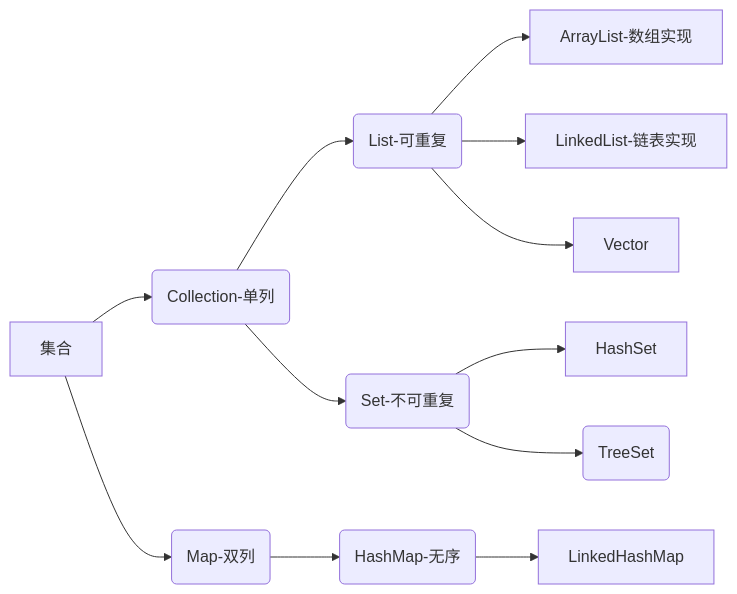
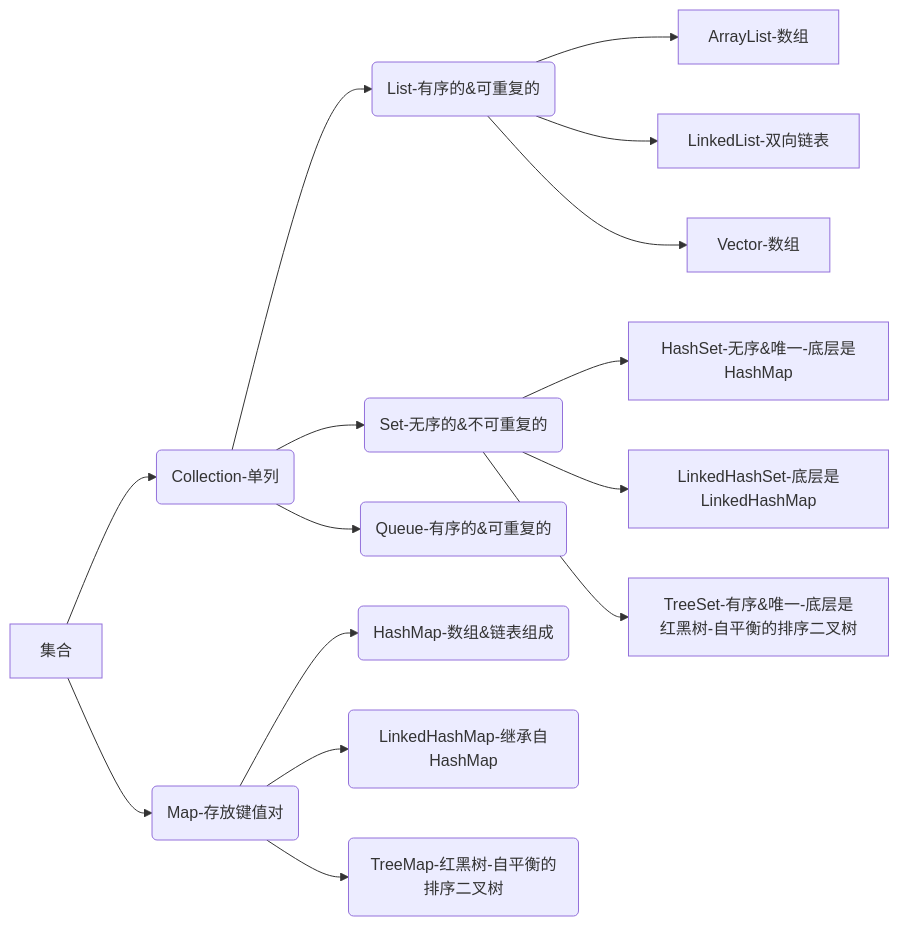
Before and after one commit to Wh0ami-hy/Wh0ami-hy.github.io: the third of 3 diagrams in _posts/2023-02-12-Java中级.md, drawn with Mermaid. The commit also changed other lines of this file and 1 other file, not shown here.

Commit message:
2023.3.27.21:41

````diff
--- a/_posts/2023-02-12-Java中级.md
+++ b/_posts/2023-02-12-Java中级.md
@@ -1070,14 +1070,17 @@
 ```mermaid
 graph LR
 集合--> A(Collection-单列)
-A-->a(List-可重复)
-A-->c(Set-不可重复)
-a-->ArrayList-数组实现
-a-->LinkedList-链表实现
-a-->Vector
-c-->HashSet
-c-->1(TreeSet)
-集合--> B(Map-双列)
-B-->B.a(HashMap-无序)
-B.a-->LinkedHashMap
+A-->a(List-有序的&可重复的)
+A-->c(Set-无序的&不可重复的)
+A-->b(Queue-有序的&可重复的)
+a-->ArrayList-数组
+a-->LinkedList-双向链表
+a-->Vector-数组
+c-->HashSet-无序&唯一-底层是HashMap
+c-->LinkedHashSet-底层是LinkedHashMap
+c-->TreeSet-有序&唯一-底层是红黑树-自平衡的排序二叉树
+集合--> B(Map-存放键值对)
+B-->B.a(HashMap-数组&链表组成)
+B-->B.b(LinkedHashMap-继承自HashMap)
+B-->B.c(TreeMap-红黑树-自平衡的排序二叉树)
 ```
````
